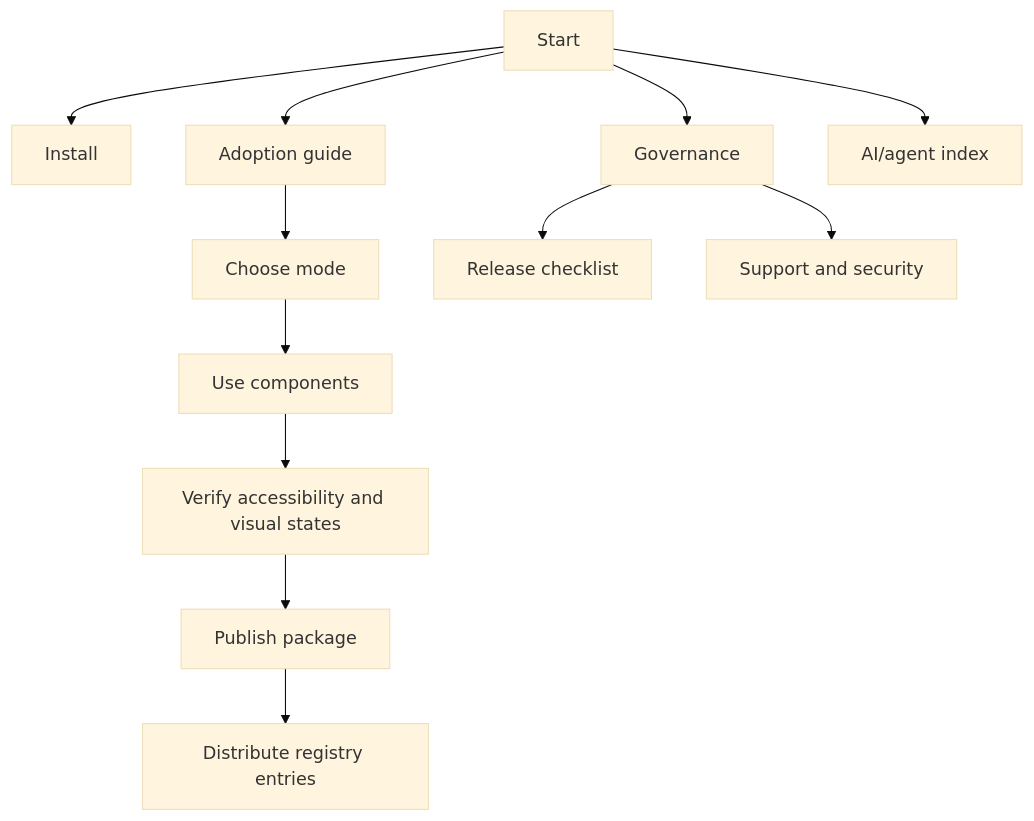
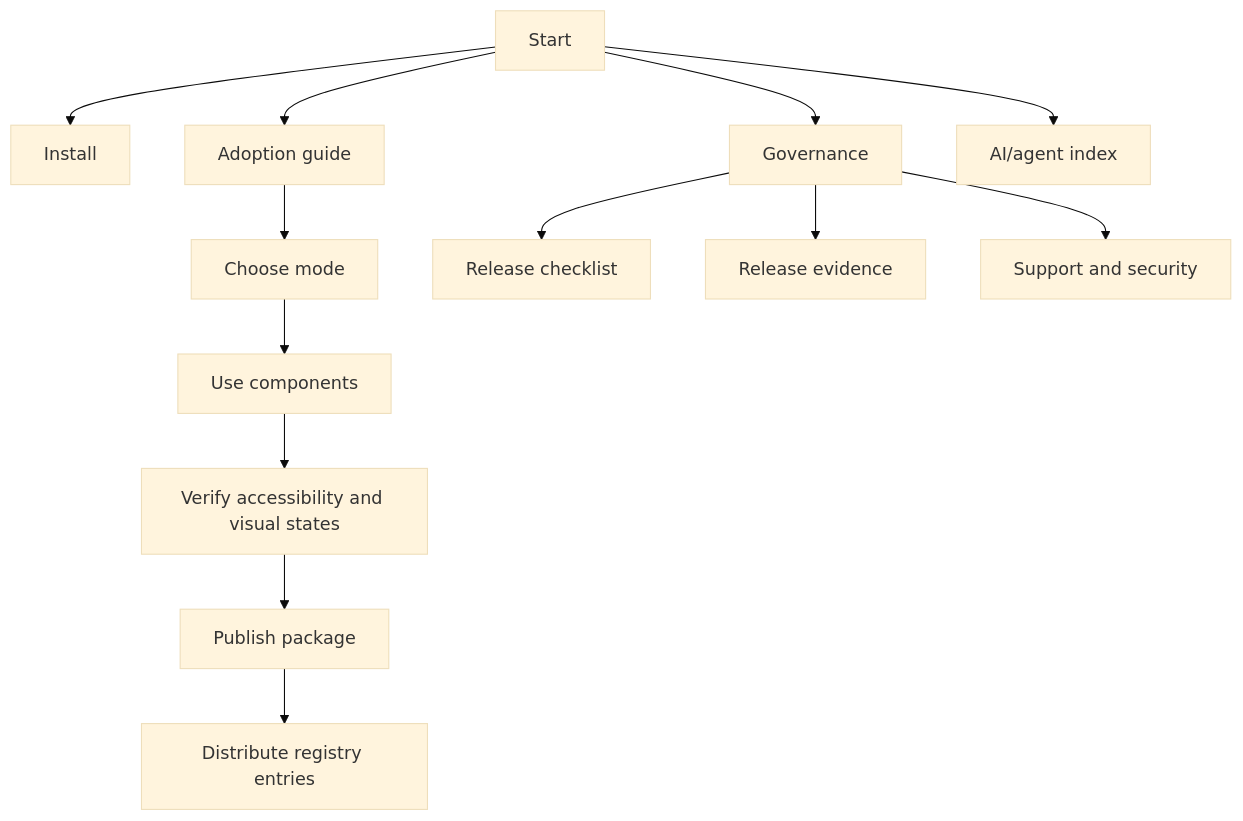
One commit to clean99/liquid-glass changed the diagram in docs/index.md. Above: the diagram before and after it, drawn with Mermaid (base theme). The commit also changed other lines of this file and 15 other files, not shown here.

Commit message:
Add release evidence dashboard

````diff
--- a/docs/index.md
+++ b/docs/index.md
@@ -25,15 +25,16 @@
 ```mermaid
 flowchart TD
   A["Start"] --> B["Install"]
   A --> C["Adoption guide"]
   C --> D["Choose mode"]
   D --> E["Use components"]
   E --> F["Verify accessibility and visual states"]
   F --> G["Publish package"]
   G --> K["Distribute registry entries"]
 
   A --> H["Governance"]
   H --> I["Release checklist"]
+  H --> M["Release evidence"]
   H --> J["Support and security"]
   A --> L["AI/agent index"]
 ```
````
